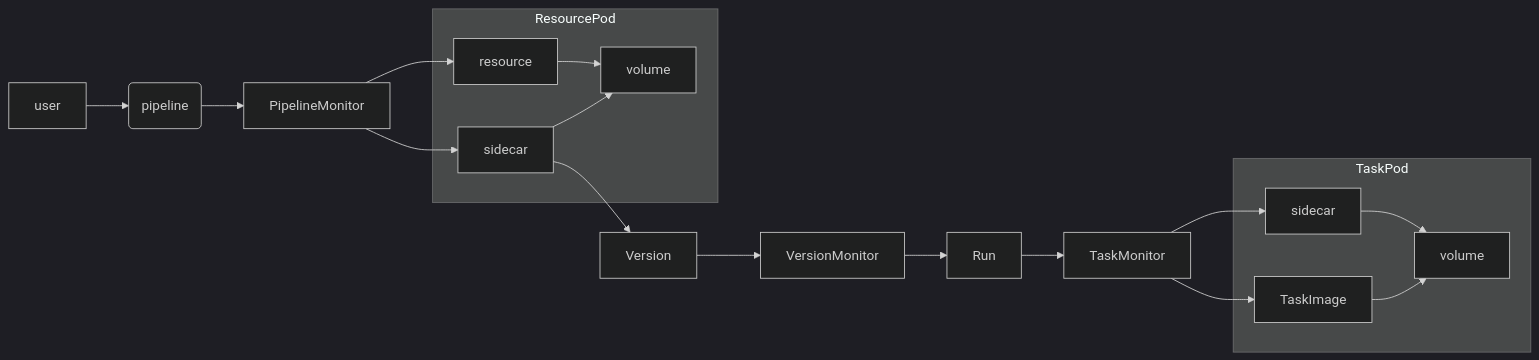
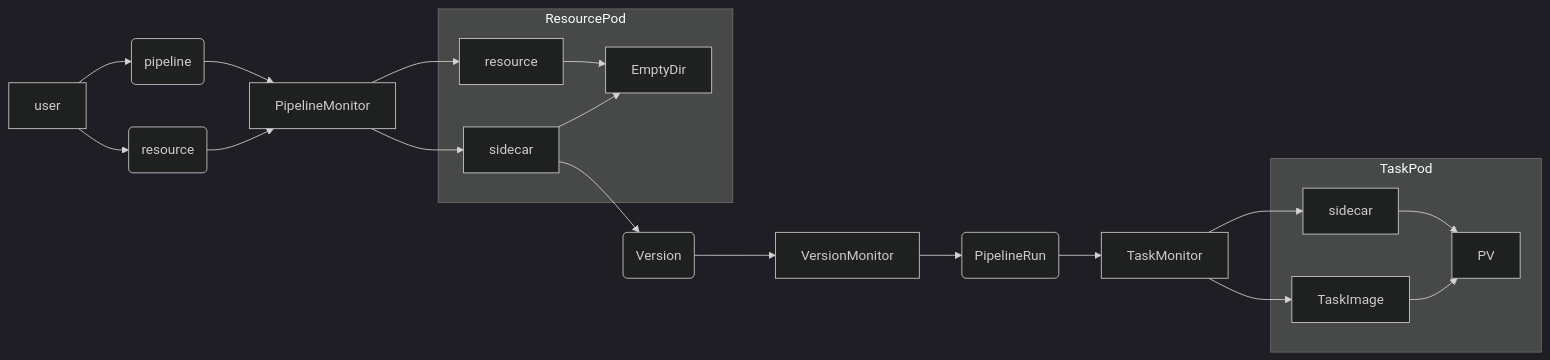
The diagram in README.md (benjamin-wright/crd-test), drawn with Mermaid (dark theme) before and after one commit.

Commit message:
updating the readme a bit

````diff
--- a/README.md
+++ b/README.md
@@ -125,35 +125,41 @@
 ```mermaid
 
 graph LR;
   pipeline(pipeline)
+  user_resource(resource)
 
+  user --> user_resource;
   user --> pipeline;
   pipeline --> PipelineMonitor;
+  user_resource --> PipelineMonitor;
   PipelineMonitor --> resource;
   PipelineMonitor --> sidecar;
 
   subgraph ResourcePod
     sidecar;
     resource;
-    volume;
+    volume[EmptyDir];
 
     resource --> volume;
     sidecar --> volume;
   end
+
+  Version(Version)
+  Run(PipelineRun)
 
   sidecar --> Version;
   Version --> VersionMonitor;
   VersionMonitor --> Run;
   Run --> TaskMonitor;
   TaskMonitor --> TaskImage;
   TaskMonitor --> TaskSidecar;
 
   subgraph TaskPod
     TaskSidecar[sidecar];
     TaskImage;
-    TaskVolume[volume];
+    TaskVolume[PV];
 
     TaskSidecar --> TaskVolume;
     TaskImage --> TaskVolume;
   end
 ```
````
